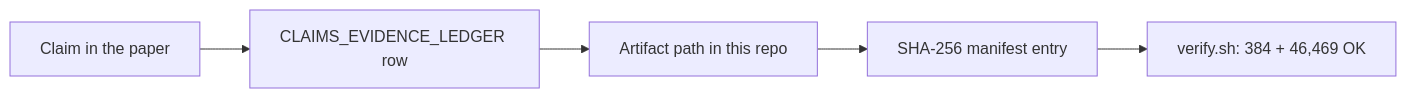
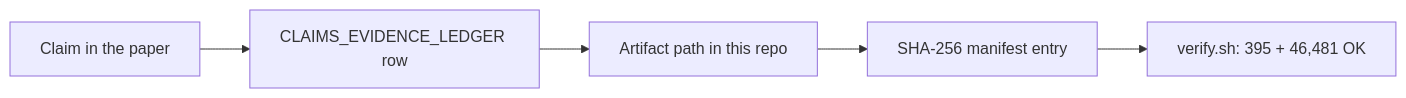
The diagram in README.md (0xLAB-art/belief-tomography-artifact), drawn with Mermaid before and after one commit. The commit also changed other lines of this file and 31 other files, not shown here.

````diff
--- a/README.md
+++ b/README.md
@@ -51,7 +51,7 @@
 ```mermaid
 flowchart LR
     A["Claim in the paper"] --> B["CLAIMS_EVIDENCE_LEDGER row"]
     B --> C["Artifact path in this repo"]
     C --> D["SHA-256 manifest entry"]
-    D --> E["verify.sh: 384 + 46,469 OK"]
+    D --> E["verify.sh: 395 + 46,481 OK"]
 ```
````
